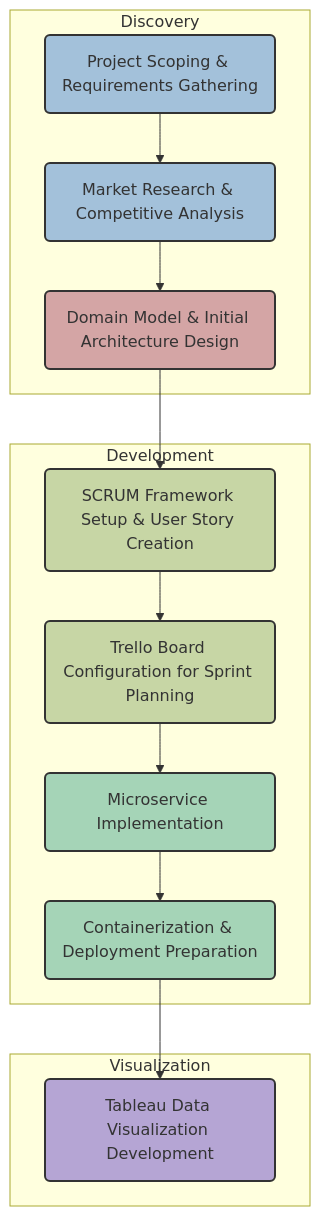
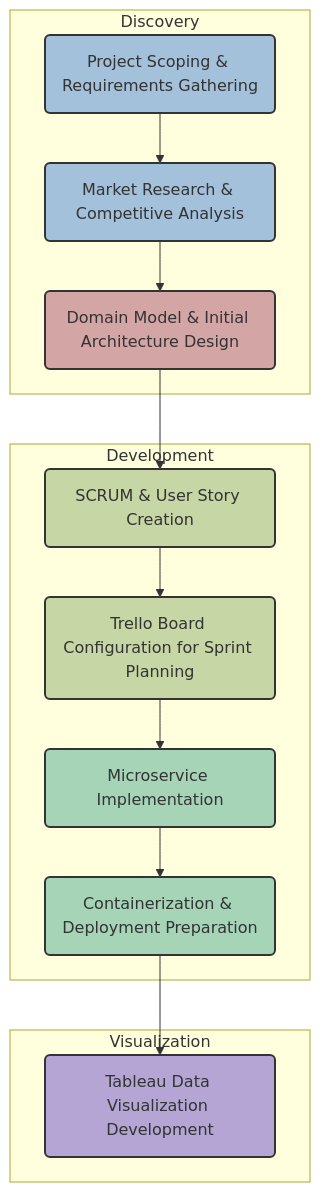
One commit to Gruppe-6-Hotel-Kong-Arthur/.github changed the first of 3 diagrams in profile/README.md. Above: the diagram before and after it, drawn with Mermaid.

````diff
--- a/profile/README.md
+++ b/profile/README.md
@@ -28,34 +28,34 @@
 ```mermaid
 graph TD
     A("Project Scoping & Requirements Gathering") --> B("Market Research & Competitive Analysis")
     B --> C("Domain Model & Initial Architecture Design")
-    C --> D("SCRUM Framework Setup & User Story Creation")
+    C --> D("SCRUM & User Story Creation")
     D --> E("Trello Board Configuration for Sprint Planning")
     E --> F("Microservice Implementation")
     F --> G("Containerization & Deployment Preparation")
     G --> H("Tableau Data Visualization Development")
     
     style A fill:#A3C1DA,stroke:#333,stroke-width:2px
     style B fill:#A3C1DA,stroke:#333,stroke-width:2px
     style C fill:#D4A5A5,stroke:#333,stroke-width:2px
     style D fill:#C7D6A5,stroke:#333,stroke-width:2px
     style E fill:#C7D6A5,stroke:#333,stroke-width:2px
     style F fill:#A5D4B7,stroke:#333,stroke-width:2px
     style G fill:#A5D4B7,stroke:#333,stroke-width:2px
     style H fill:#B5A5D4,stroke:#333,stroke-width:2px
     
     subgraph Phase1 ["Discovery"]
         A
         B
         C
     end
     subgraph Phase2 ["Development"]
         D
         E
         F
         G
     end
     subgraph Phase3 ["Visualization"]
         H
     end
 ```
````
